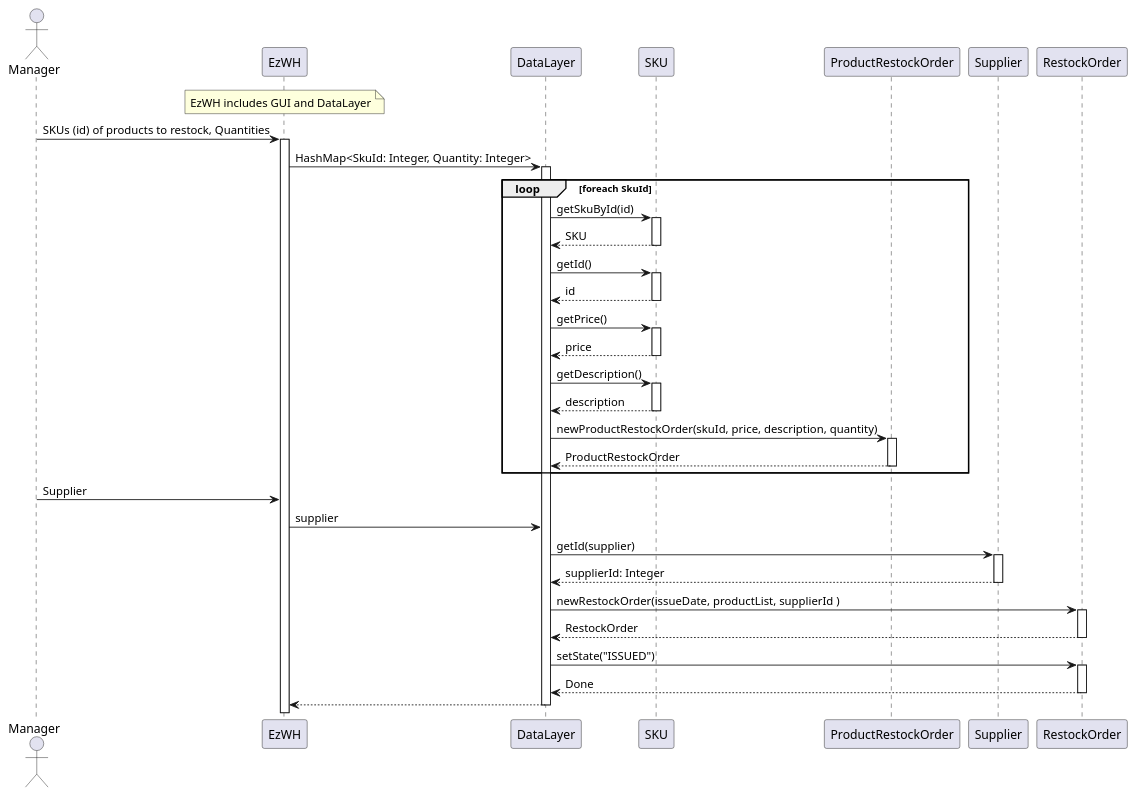
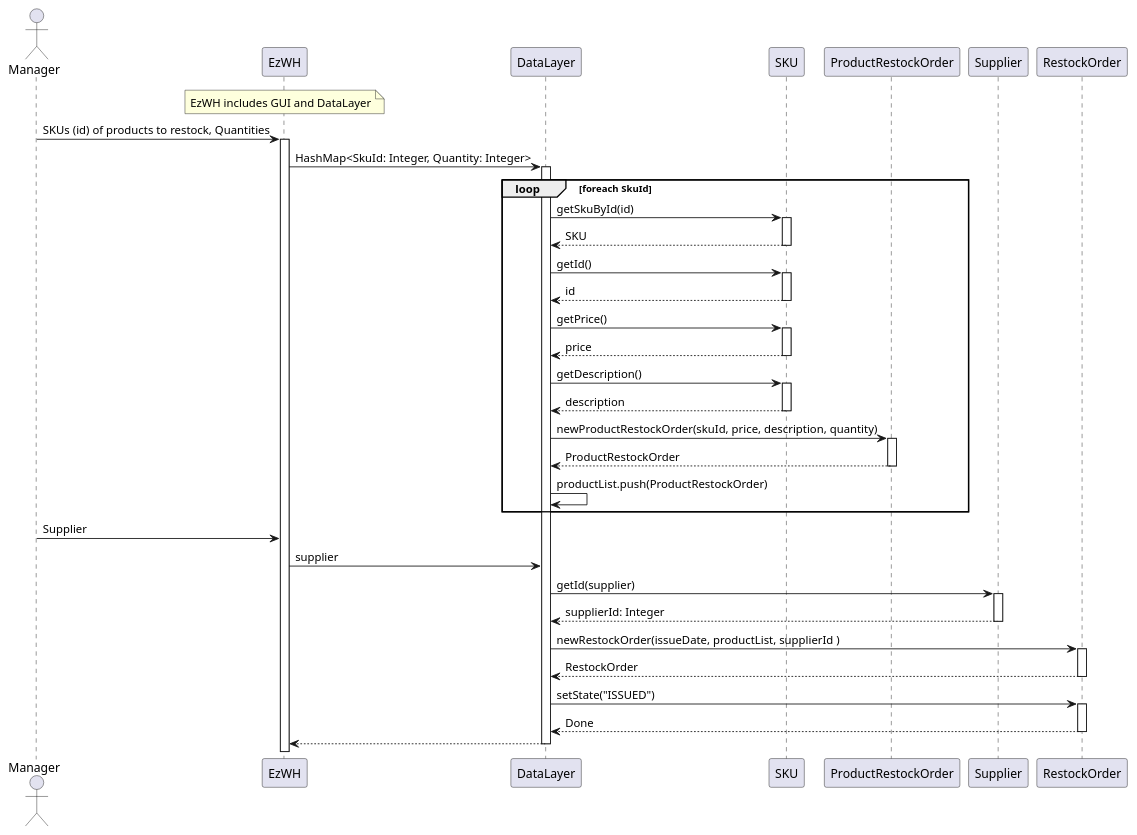
Before and after one commit to LucaFilippetti99/EzWh---Software-engineering-project: the third of 4 diagrams in DesignDocument.md, drawn with PlantUML. The commit also changed other lines of this file, not shown here.

Commit message:
Added Scenario 5-2-3 to sequence diagrams

````diff
--- a/DesignDocument.md
+++ b/DesignDocument.md
@@ -108,56 +108,52 @@
 ```plantuml
 
 actor Manager
 note over EzWH : EzWH includes GUI and DataLayer
 Manager -> EzWH : SKUs (id) of products to restock, Quantities
 
 activate EzWH
 EzWH -> DataLayer : HashMap<SkuId: Integer, Quantity: Integer>
 activate DataLayer
 
 loop foreach SkuId
   DataLayer -> SKU : getSkuById(id)
   activate SKU
   return SKU
 
   DataLayer -> SKU : getId()
   activate SKU
   return id
 
   DataLayer -> SKU : getPrice()
   activate SKU
   return price
 
   DataLayer -> SKU : getDescription()
   activate SKU
   return description
 
   DataLayer -> ProductRestockOrder : newProductRestockOrder(skuId, price, description, quantity)
   activate ProductRestockOrder
   return ProductRestockOrder
 
+  DataLayer -> DataLayer : productList.push(ProductRestockOrder)
+
   end
 
 Manager -> EzWH : Supplier
 
 EzWH -> DataLayer : supplier
 DataLayer -> Supplier : getId(supplier)
 activate Supplier
 return supplierId: Integer
 
 DataLayer -> RestockOrder : newRestockOrder(issueDate, productList, supplierId )
 activate RestockOrder
 return RestockOrder
 
 DataLayer -> RestockOrder : setState("ISSUED")
 activate RestockOrder
 return Done
 
 return
-
-
-
-
-
-
 ```
````
